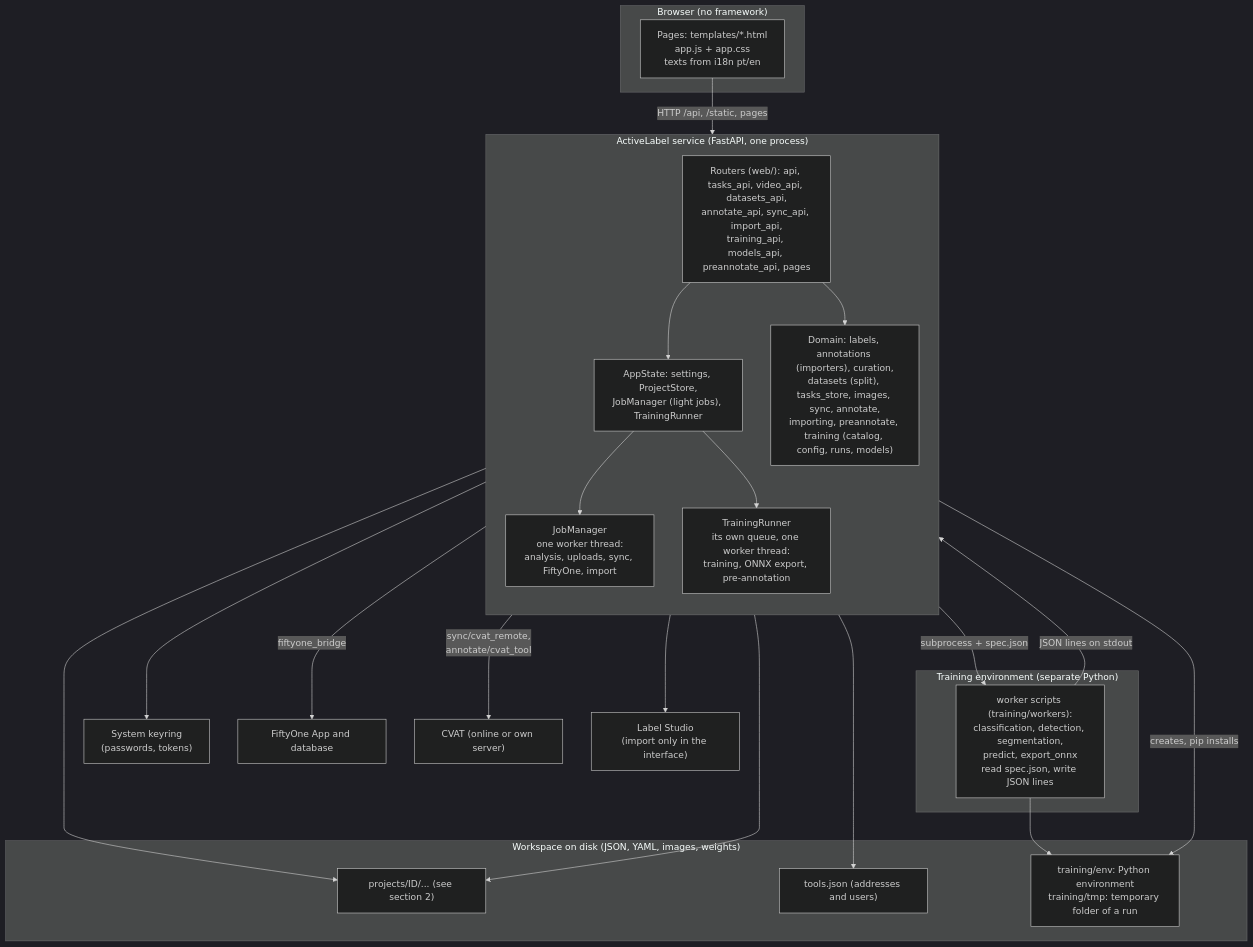
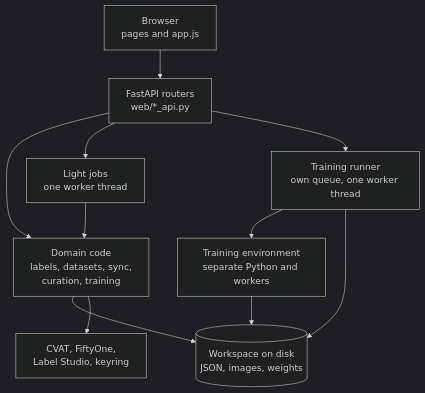
One commit to karemdm/activelabel changed the first of 8 diagrams in docs/ARCHITECTURE.md. Above: the diagram before and after it, drawn with Mermaid (dark theme). The commit also changed other lines of this file and 3 other files, not shown here.

Commit message:
docs: redraw the diagrams with short labels and simple layouts so nothing overlaps (#220)

````diff
--- a/docs/ARCHITECTURE.md
+++ b/docs/ARCHITECTURE.md
@@ -11,47 +11,21 @@
 ```mermaid
 flowchart TB
-  subgraph Browser["Browser (no framework)"]
-    UI["Pages: templates/*.html<br/>app.js + app.css<br/>texts from i18n pt/en"]
-  end
-
-  subgraph Service["ActiveLabel service (FastAPI, one process)"]
-    direction TB
-    R["Routers (web/): api, tasks_api, video_api, datasets_api,<br/>annotate_api, sync_api, import_api,<br/>training_api, models_api, preannotate_api, pages"]
-    S["AppState: settings, ProjectStore,<br/>JobManager (light jobs), TrainingRunner"]
-    D["Domain: labels, annotations (importers), curation,<br/>datasets (split), tasks_store, images, sync, annotate,<br/>importing, preannotate, training (catalog, config, runs, models)"]
-    JM["JobManager<br/>one worker thread:<br/>analysis, uploads, sync, FiftyOne, import"]
-    TR["TrainingRunner<br/>its own queue, one worker thread:<br/>training, ONNX export, pre-annotation"]
-    R --> S
-    R --> D
-    S --> JM
-    S --> TR
-  end
-
-  subgraph Disk["Workspace on disk (JSON, YAML, images, weights)"]
-    P["projects/ID/... (see section 2)"]
-    T["tools.json (addresses and users)"]
-    TE["training/env: Python environment<br/>training/tmp: temporary folder of a run"]
-  end
-
-  subgraph Workers["Training environment (separate Python)"]
-    W["worker scripts (training/workers):<br/>classification, detection, segmentation,<br/>predict, export_onnx<br/>read spec.json, write JSON lines"]
-  end
-
-  K["System keyring<br/>(passwords, tokens)"]
-  FO["FiftyOne App and database"]
-  CV["CVAT (online or own server)"]
-  LS["Label Studio<br/>(import only in the interface)"]
-
-  UI -- "HTTP /api, /static, pages" --> R
-  D --> P
-  S --> T
-  TR -- "creates, pip installs" --> TE
-  TR -- "subprocess + spec.json" --> W
-  W -- "JSON lines on stdout" --> TR
-  W --> TE
-  TR --> P
-  D --> K
-  D -- "fiftyone_bridge" --> FO
-  D -- "sync/cvat_remote,<br/>annotate/cvat_tool" --> CV
-  D --> LS
+  UI["Browser<br/>pages and app.js"]
+  API["FastAPI routers<br/>web/*_api.py"]
+  DOM["Domain code<br/>labels, datasets, sync,<br/>curation, training"]
+  JOB["Light jobs<br/>one worker thread"]
+  RUN["Training runner<br/>own queue, one worker thread"]
+  ENV["Training environment<br/>separate Python and workers"]
+  DISK[("Workspace on disk<br/>JSON, images, weights")]
+  EXT["CVAT, FiftyOne,<br/>Label Studio, keyring"]
+  UI --> API
+  API --> DOM
+  API --> JOB
+  API --> RUN
+  JOB --> DOM
+  DOM --> DISK
+  DOM --> EXT
+  RUN --> ENV
+  RUN --> DISK
+  ENV --> DISK
 ```
````
